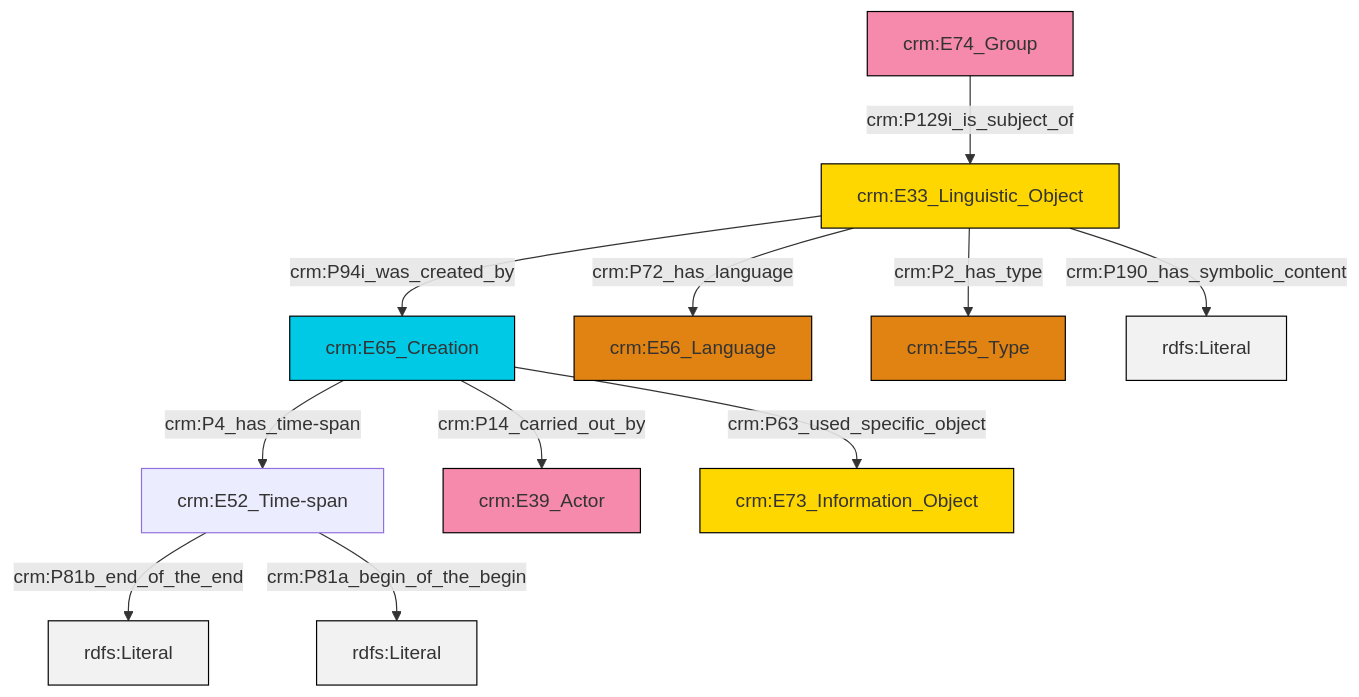
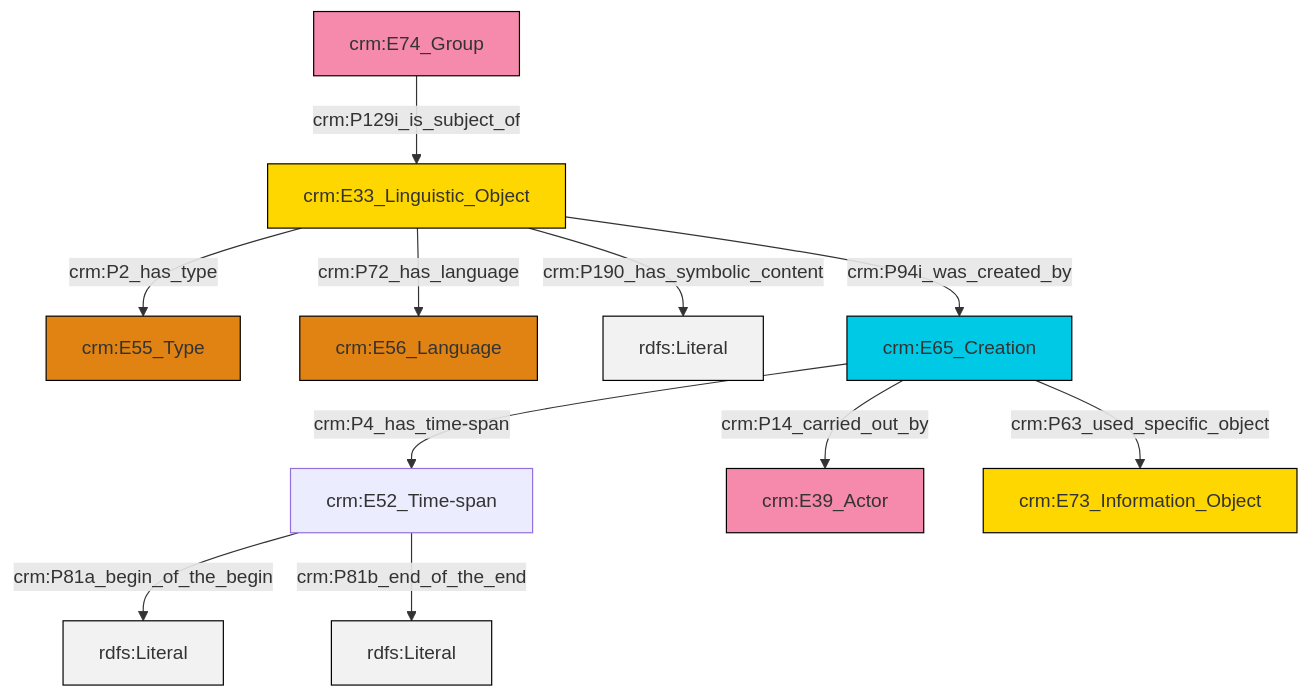
Before and after one commit to swiss-art-research-net/reference-data-models: the diagram in et/groupCSV/ttl/mmd/group_description.ttl.mmd, drawn with Mermaid. The commit also changed 127 other files, not shown here.

```diff
--- a/et/groupCSV/ttl/mmd/group_description.ttl.mmd
+++ b/et/groupCSV/ttl/mmd/group_description.ttl.mmd
@@ -1,25 +1,25 @@
 graph TD
 classDef Literal fill:#f2f2f2,stroke:#000000;
 classDef CRM_Entity fill:#FFFFFF,stroke:#000000;
 classDef Temporal_Entity fill:#00C9E6, stroke:#000000;
 classDef Type fill:#E18312, stroke:#000000;
 classDef Time-Span fill:#2C9C91, stroke:#000000;
 classDef Appellation fill:#FFEB7F, stroke:#000000;
 classDef Place fill:#008836, stroke:#000000;
 classDef Persistent_Item fill:#B266B2, stroke:#000000;
 classDef Conceptual_Object fill:#FFD700, stroke:#000000;
 classDef Physical_Thing fill:#D2B48C, stroke:#000000;
 classDef Actor fill:#f58aad, stroke:#000000;
 classDef PC_Classes fill:#4ce600, stroke:#000000;
 classDef Multi fill:#cccccc,stroke:#000000;
 
-4["crm:E65_Creation"]:::Temporal_Entity -->|crm:P4_has_time-span| 0["crm:E52_Time-span"]:::Default
-0["crm:E52_Time-span"]:::Default -->|crm:P81b_end_of_the_end| 5[rdfs:Literal]:::Literal
-0["crm:E52_Time-span"]:::Default -->|crm:P81a_begin_of_the_begin| 6[rdfs:Literal]:::Literal
-2["crm:E33_Linguistic_Object"]:::Conceptual_Object -->|crm:P72_has_language| 7["crm:E56_Language"]:::Type
-2["crm:E33_Linguistic_Object"]:::Conceptual_Object -->|crm:P94i_was_created_by| 4["crm:E65_Creation"]:::Temporal_Entity
-8["crm:E74_Group"]:::Actor -->|crm:P129i_is_subject_of| 2["crm:E33_Linguistic_Object"]:::Conceptual_Object
-4["crm:E65_Creation"]:::Temporal_Entity -->|crm:P14_carried_out_by| 9["crm:E39_Actor"]:::Actor
-2["crm:E33_Linguistic_Object"]:::Conceptual_Object -->|crm:P2_has_type| 10["crm:E55_Type"]:::Type
-2["crm:E33_Linguistic_Object"]:::Conceptual_Object -->|crm:P190_has_symbolic_content| 15[rdfs:Literal]:::Literal
-4["crm:E65_Creation"]:::Temporal_Entity -->|crm:P63_used_specific_object| 17["crm:E73_Information_Object"]:::Conceptual_Object
+0["crm:E52_Time-span"]:::Default -->|crm:P81a_begin_of_the_begin| 10[rdfs:Literal]:::Literal
+11["crm:E33_Linguistic_Object"]:::Conceptual_Object -->|crm:P72_has_language| 12["crm:E56_Language"]:::Type
+11["crm:E33_Linguistic_Object"]:::Conceptual_Object -->|crm:P190_has_symbolic_content| 13[rdfs:Literal]:::Literal
+11["crm:E33_Linguistic_Object"]:::Conceptual_Object -->|crm:P94i_was_created_by| 15["crm:E65_Creation"]:::Temporal_Entity
+4["crm:E74_Group"]:::Actor -->|crm:P129i_is_subject_of| 11["crm:E33_Linguistic_Object"]:::Conceptual_Object
+15["crm:E65_Creation"]:::Temporal_Entity -->|crm:P63_used_specific_object| 6["crm:E73_Information_Object"]:::Conceptual_Object
+15["crm:E65_Creation"]:::Temporal_Entity -->|crm:P4_has_time-span| 0["crm:E52_Time-span"]:::Default
+0["crm:E52_Time-span"]:::Default -->|crm:P81b_end_of_the_end| 17[rdfs:Literal]:::Literal
+15["crm:E65_Creation"]:::Temporal_Entity -->|crm:P14_carried_out_by| 2["crm:E39_Actor"]:::Actor
+11["crm:E33_Linguistic_Object"]:::Conceptual_Object -->|crm:P2_has_type| 8["crm:E55_Type"]:::Type
```
